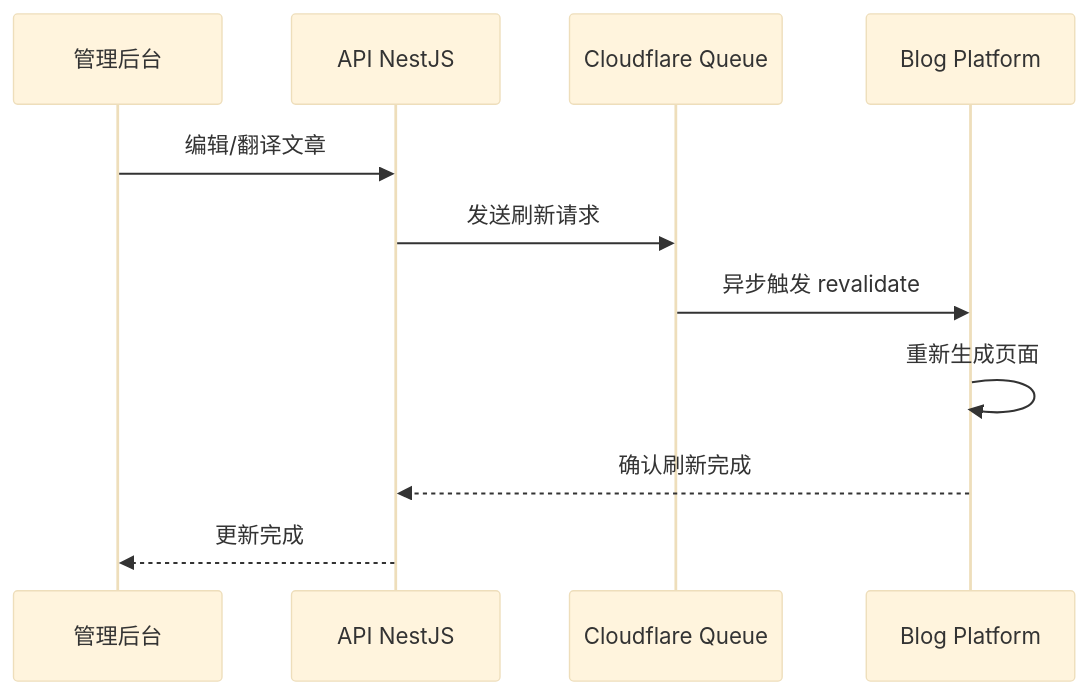
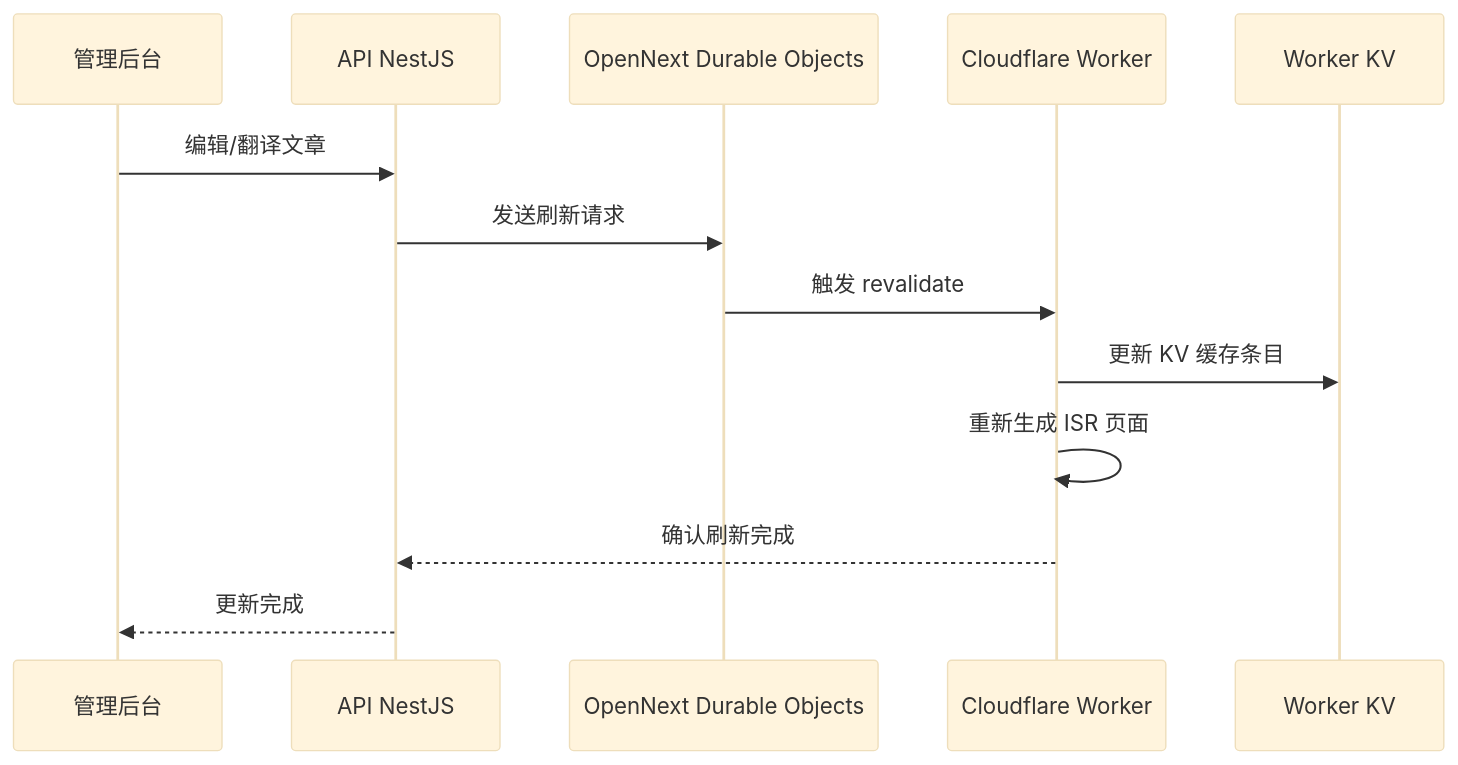
Before and after one commit to MrBigPorter/JoyMini_Nest_Monorepo: the second of 4 diagrams in docs/blog/articles/projects/joymini-blog-platform.md, drawn with Mermaid (base theme). The commit also changed other lines of this file and 2 other files, not shown here.

Commit message:
feat: update JoyMini Blog documentation with performance optimizations, enhance caching strategies, and add 103 Early Hints implementation details

````diff
--- a/docs/blog/articles/projects/joymini-blog-platform.md
+++ b/docs/blog/articles/projects/joymini-blog-platform.md
@@ -101,14 +157,16 @@
 ```mermaid
 sequenceDiagram
     participant Admin as 管理后台
     participant API as API NestJS
-    participant Queue as Cloudflare Queue
-    participant Blog as Blog Platform
+    participant Queue as OpenNext Durable Objects
+    participant Worker as Cloudflare Worker
+    participant KV as Worker KV
     
     Admin->>API: 编辑/翻译文章
     API->>Queue: 发送刷新请求
-    Queue->>Blog: 异步触发 revalidate
-    Blog->>Blog: 重新生成页面
-    Blog-->>API: 确认刷新完成
+    Queue->>Worker: 触发 revalidate
+    Worker->>KV: 更新 KV 缓存条目
+    Worker->>Worker: 重新生成 ISR 页面
+    Worker-->>API: 确认刷新完成
     API-->>Admin: 更新完成
 ```
````
